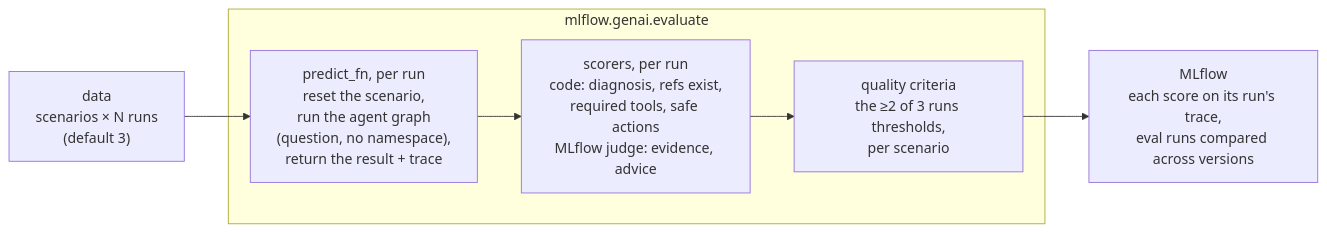
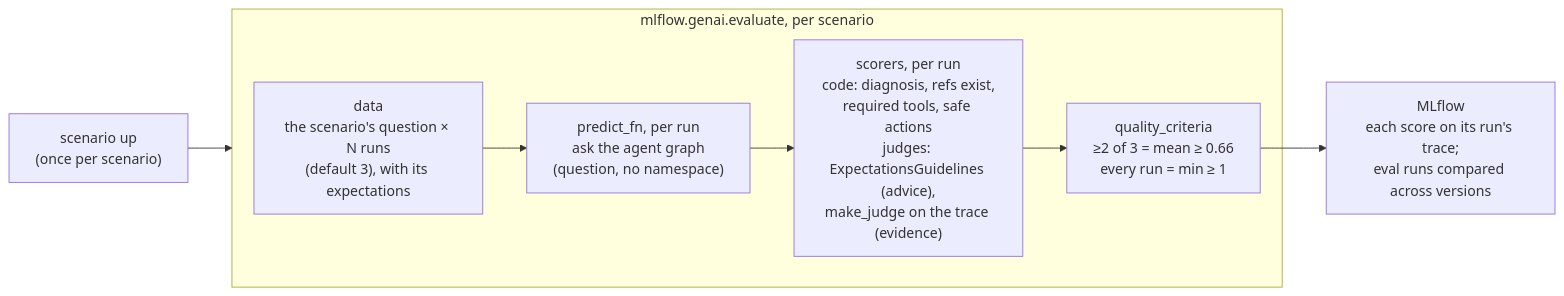
The seventh of 7 diagrams in SPEC.md (tomershukhman/k8s-troubleshooting-agent), drawn with Mermaid before and after one commit. The commit also changed other lines of this file and 21 other files, not shown here.

````diff
--- a/SPEC.md
+++ b/SPEC.md
@@ -648,10 +664,11 @@
 ```mermaid
 flowchart LR
-    data["data<br/>scenarios × N runs<br/>(default 3)"] --> predict
-    subgraph ev["mlflow.genai.evaluate"]
-        predict["predict_fn, per run<br/>reset the scenario,<br/>run the agent graph<br/>(question, no namespace),<br/>return the result + trace"]
-        predict --> scorers["scorers, per run<br/>code: diagnosis, refs exist,<br/>required tools, safe actions<br/>MLflow judge: evidence, advice"]
-        scorers --> thresholds["quality criteria<br/>the ≥2 of 3 runs thresholds,<br/>per scenario"]
+    up["scenario up<br/>(once per scenario)"] --> ev
+    subgraph ev["mlflow.genai.evaluate, per scenario"]
+        data["data<br/>the scenario's question × N runs<br/>(default 3), with its expectations"] --> predict
+        predict["predict_fn, per run<br/>ask the agent graph<br/>(question, no namespace)"]
+        predict --> scorers["scorers, per run<br/>code: diagnosis, refs exist,<br/>required tools, safe actions<br/>judges: ExpectationsGuidelines (advice),<br/>make_judge on the trace (evidence)"]
+        scorers --> criteria["quality_criteria<br/>≥2 of 3 = mean ≥ 0.66<br/>every run = min ≥ 1"]
     end
-    thresholds --> ml["MLflow<br/>each score on its run's trace,<br/>eval runs compared across versions"]
+    criteria --> ml["MLflow<br/>each score on its run's trace;<br/>eval runs compared across versions"]
 ```
````
